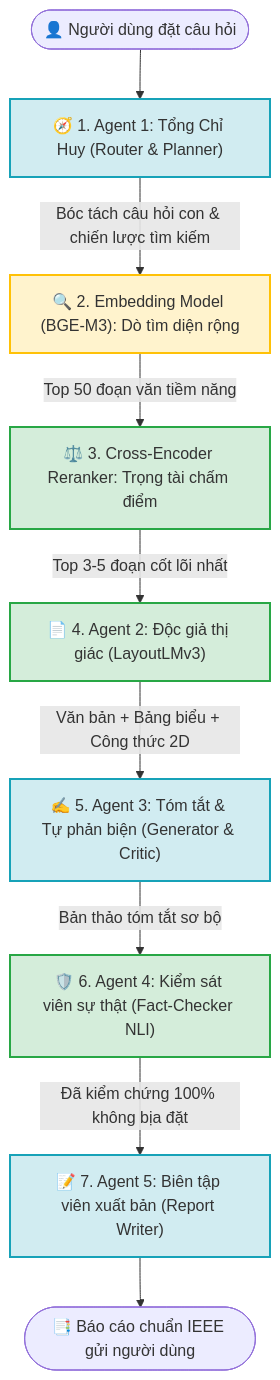
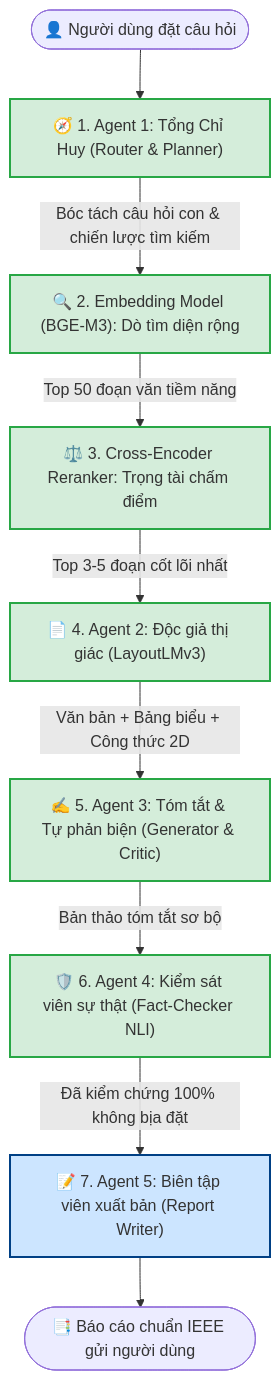
One commit to ducmanh-jr/Multi-Agent_RAG changed the diagram in training_lab/README.md. Above: the diagram before and after it, drawn with Mermaid. The commit also changed other lines of this file and 5 other files, not shown here.

````diff
--- a/training_lab/README.md
+++ b/training_lab/README.md
@@ -27,28 +27,26 @@
 ```mermaid
 flowchart TD
     User(["👤 Người dùng đặt câu hỏi"])
     
     User --> A1["🧭 1. Agent 1: Tổng Chỉ Huy (Router & Planner)"]
     
     A1 -->|"Bóc tách câu hỏi con & chiến lược tìm kiếm"| Emb["🔍 2. Embedding Model (BGE-M3): Dò tìm diện rộng"]
     
     Emb -->|"Top 50 đoạn văn tiềm năng"| Reranker["⚖️ 3. Cross-Encoder Reranker: Trọng tài chấm điểm"]
     
     Reranker -->|"Top 3-5 đoạn cốt lõi nhất"| A2["📄 4. Agent 2: Độc giả thị giác (LayoutLMv3)"]
     
     A2 -->|"Văn bản + Bảng biểu + Công thức 2D"| A3["✍️ 5. Agent 3: Tóm tắt & Tự phản biện (Generator & Critic)"]
     
     A3 -->|"Bản thảo tóm tắt sơ bộ"| A4["🛡️ 6. Agent 4: Kiểm sát viên sự thật (Fact-Checker NLI)"]
     
     A4 -->|"Đã kiểm chứng 100% không bịa đặt"| A5["📝 7. Agent 5: Biên tập viên xuất bản (Report Writer)"]
     
     A5 --> Output(["📑 Báo cáo chuẩn IEEE gửi người dùng"])
     
     classDef done fill:#d4edda,stroke:#28a745,stroke-width:2px;
-    classDef running fill:#fff3cd,stroke:#ffc107,stroke-width:2px;
-    classDef ready fill:#d1ecf1,stroke:#17a2b8,stroke-width:2px;
+    classDef active fill:#cce5ff,stroke:#004085,stroke-width:2px;
     
-    class Reranker,A2,A4 done;
-    class Emb running;
-    class A1,A3,A5 ready;
+    class A1,Emb,Reranker,A2,A3,A4 done;
+    class A5 active;
 ```
````
